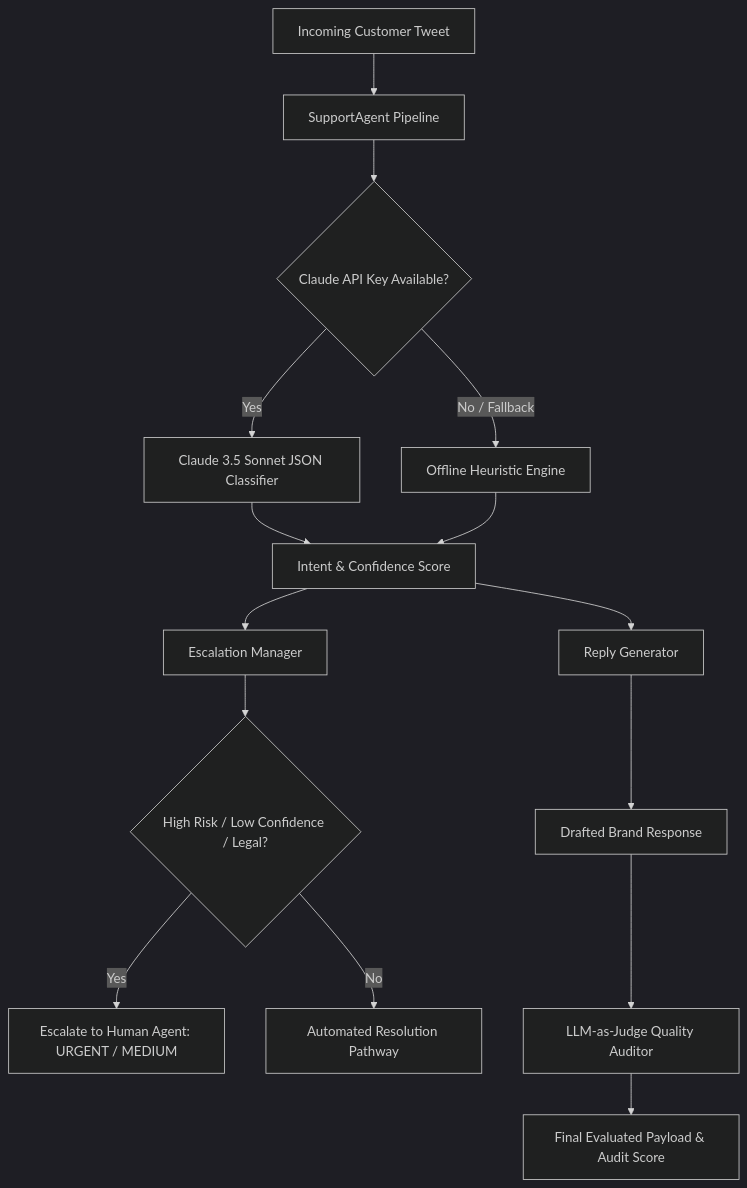
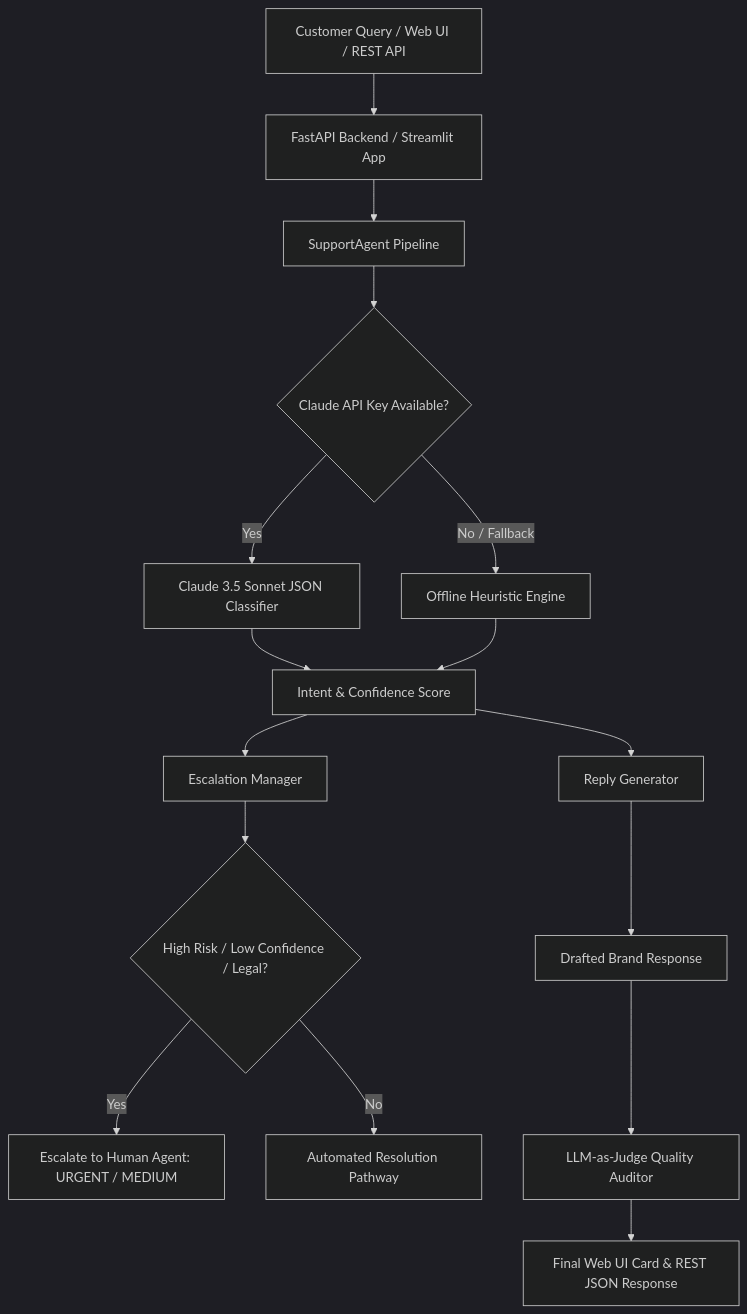
Before and after one commit to maseeramuzna28/hiver-sde-intern-ai-agent: the diagram in README.md, drawn with Mermaid (dark theme). The commit also changed other lines of this file and 3 other files, not shown here.

Commit message:
Add Streamlit Web UI Frontend and FastAPI REST Backend

````diff
--- a/README.md
+++ b/README.md
@@ -34,21 +38,22 @@
 ```mermaid
 flowchart TD
-    A[Incoming Customer Tweet] --> B[SupportAgent Pipeline]
-    B --> C{Claude API Key Available?}
-    C -- Yes --> D[Claude 3.5 Sonnet JSON Classifier]
-    C -- No / Fallback --> E[Offline Heuristic Engine]
+    A[Customer Query / Web UI / REST API] --> B[FastAPI Backend / Streamlit App]
+    B --> C[SupportAgent Pipeline]
+    C --> D{Claude API Key Available?}
+    D -- Yes --> E[Claude 3.5 Sonnet JSON Classifier]
+    D -- No / Fallback --> F[Offline Heuristic Engine]
     
-    D --> F[Intent & Confidence Score]
-    E --> F
+    E --> G[Intent & Confidence Score]
+    F --> G
     
-    F --> G[Escalation Manager]
-    G --> H{High Risk / Low Confidence / Legal?}
-    H -- Yes --> I[Escalate to Human Agent: URGENT / MEDIUM]
-    H -- No --> J[Automated Resolution Pathway]
+    G --> H[Escalation Manager]
+    H --> I{High Risk / Low Confidence / Legal?}
+    I -- Yes --> J[Escalate to Human Agent: URGENT / MEDIUM]
+    I -- No --> K[Automated Resolution Pathway]
     
-    F --> K[Reply Generator]
-    K --> L[Drafted Brand Response]
+    G --> L[Reply Generator]
+    L --> M[Drafted Brand Response]
     
-    L --> M[LLM-as-Judge Quality Auditor]
-    M --> N[Final Evaluated Payload & Audit Score]
+    M --> N[LLM-as-Judge Quality Auditor]
+    N --> O[Final Web UI Card & REST JSON Response]
 ```
````
